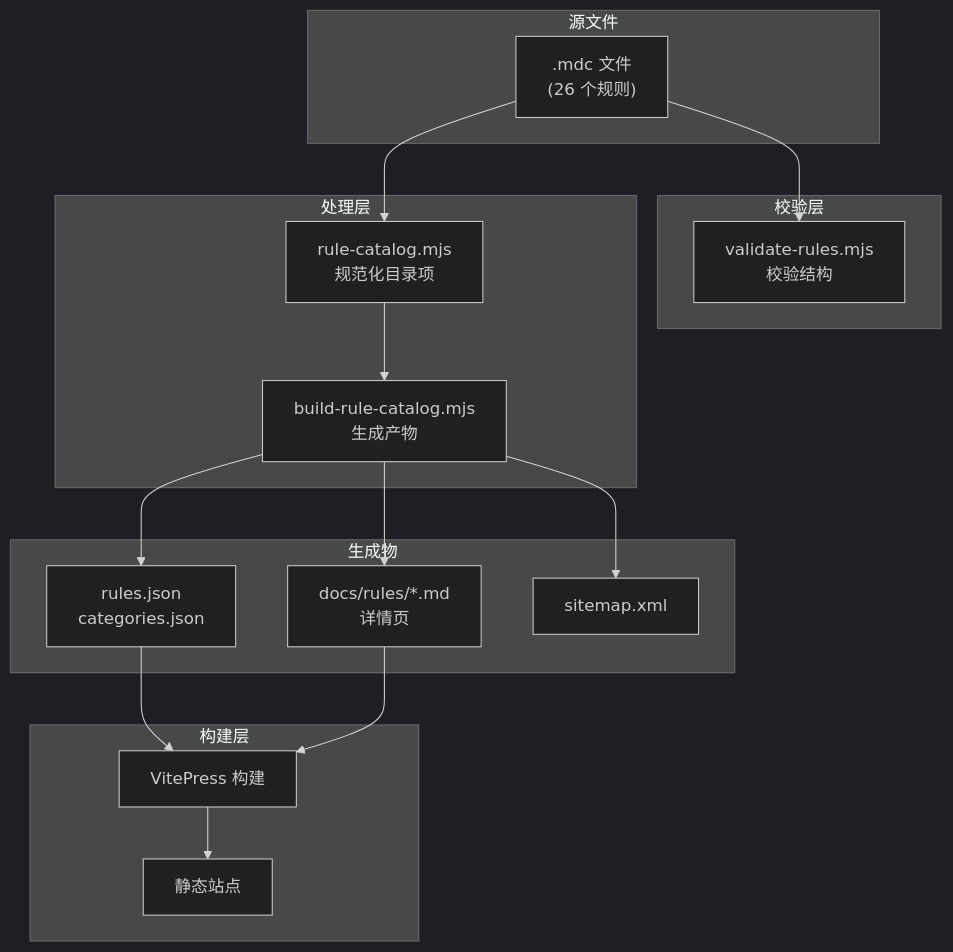
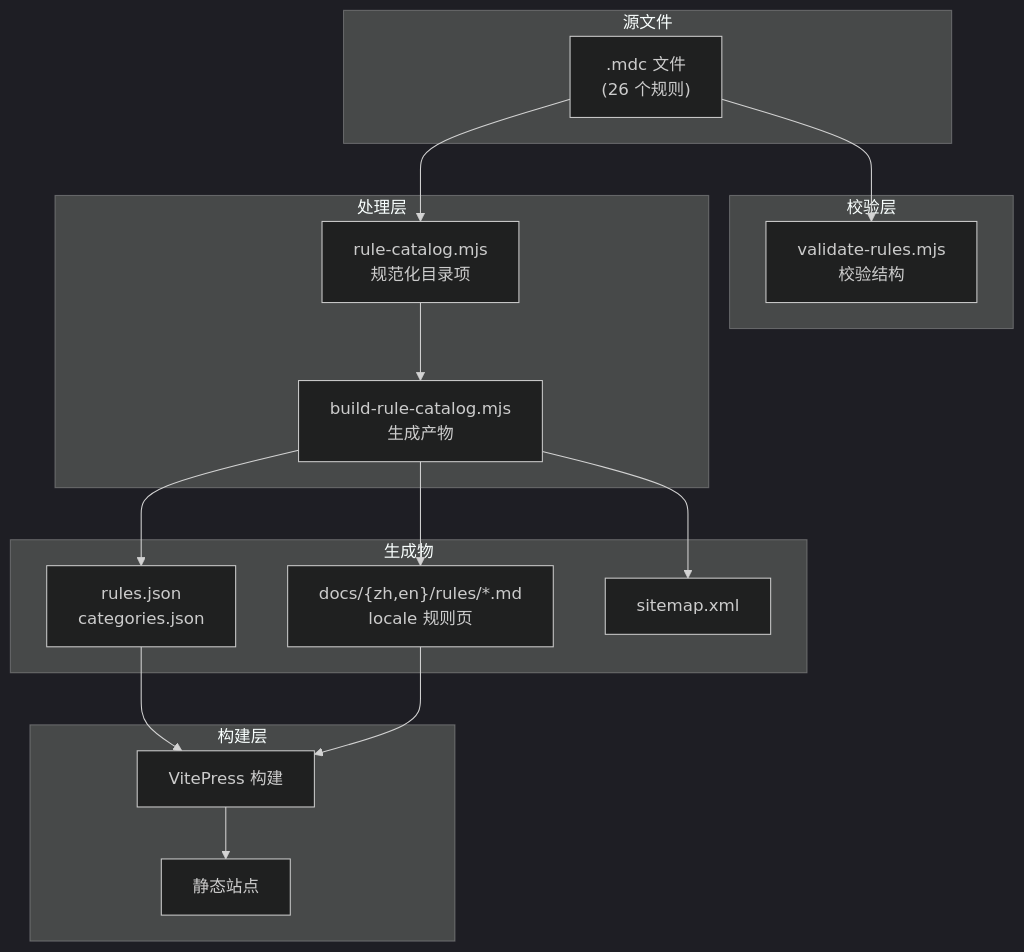
One commit to LessUp/cursor-rules changed the first of 2 diagrams in docs/openspec/architecture.md. Above: the diagram before and after it, drawn with Mermaid (dark theme). The commit also changed other lines of this file and 1 other file, not shown here.

Commit message:
docs: sync OpenSpec pipeline docs

````diff
--- a/docs/openspec/architecture.md
+++ b/docs/openspec/architecture.md
@@ -30,35 +30,35 @@
 ```mermaid
 flowchart TB
     subgraph Source["源文件"]
         mdc[".mdc 文件<br/>(26 个规则)"]
     end
 
     subgraph Validation["校验层"]
         validate["validate-rules.mjs<br/>校验结构"]
     end
 
     subgraph Processing["处理层"]
         catalog["rule-catalog.mjs<br/>规范化目录项"]
         build["build-rule-catalog.mjs<br/>生成产物"]
     end
 
     subgraph Output["生成物"]
         json["rules.json<br/>categories.json"]
-        pages["docs/rules/*.md<br/>详情页"]
+        pages["docs/{zh,en}/rules/*.md<br/>locale 规则页"]
         sitemap["sitemap.xml"]
     end
 
     subgraph Build["构建层"]
         vitepress["VitePress 构建"]
         static["静态站点"]
     end
 
     mdc --> validate
     mdc --> catalog --> build
     build --> json
     build --> pages
     build --> sitemap
     json --> vitepress
     pages --> vitepress
     vitepress --> static
 ```
````
